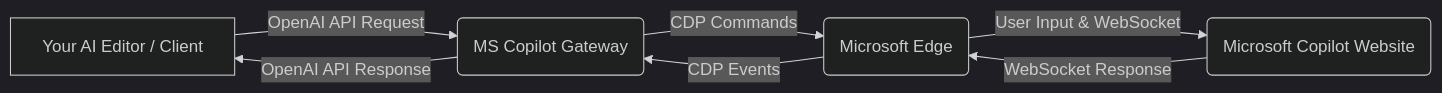
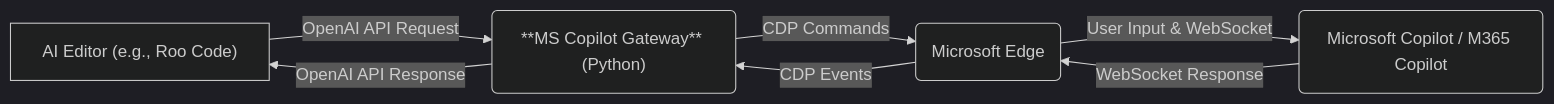
The diagram in README.md (HusnainRKI/ms-copilot-gateway), drawn with Mermaid (dark theme) before and after one commit.

Commit message:
Docs: Update Mermaid diagram in README
Refined the Mermaid diagram in the README.md to:
- Clarify the AI Editor node, mentioning Roo Code as an example.
- Update the MS Copilot Gateway node text and attempt to emphasize it.
- Clarify the Microsoft Copilot website node to include M365 Copilot.

````diff
--- a/README.md
+++ b/README.md
@@ -9,9 +9,9 @@
 ```mermaid
 graph LR
-    A[Your AI Editor / Client] -- OpenAI API Request --> B(MS Copilot Gateway);
+    A["AI Editor (e.g., Roo Code)"] -- OpenAI API Request --> B("**MS Copilot Gateway** (Python)");
     B -- CDP Commands --> C(Microsoft Edge);
-    C -- User Input & WebSocket --> D(Microsoft Copilot Website);
+    C -- User Input & WebSocket --> D("Microsoft Copilot / M365 Copilot");
     D -- WebSocket Response --> C;
     C -- CDP Events --> B;
     B -- OpenAI API Response --> A;
 ```
````
